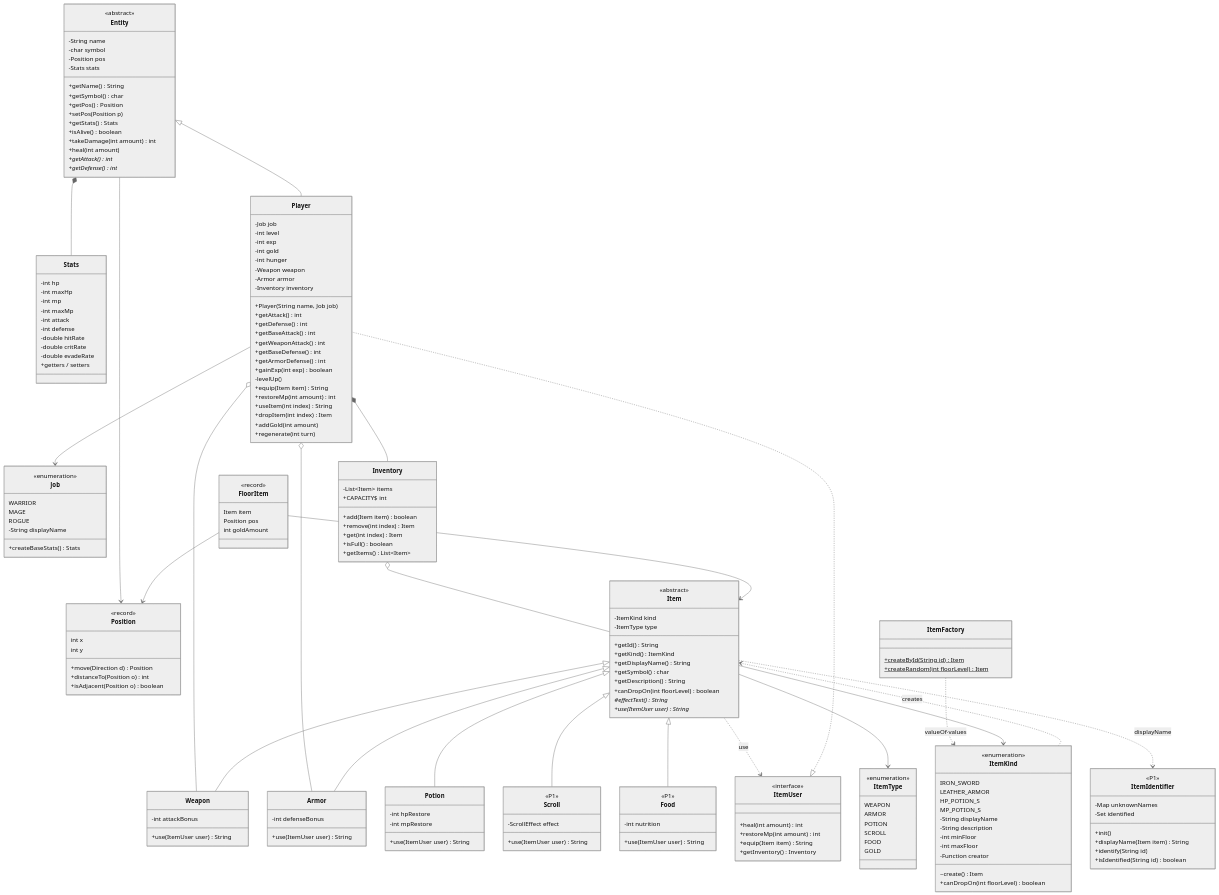
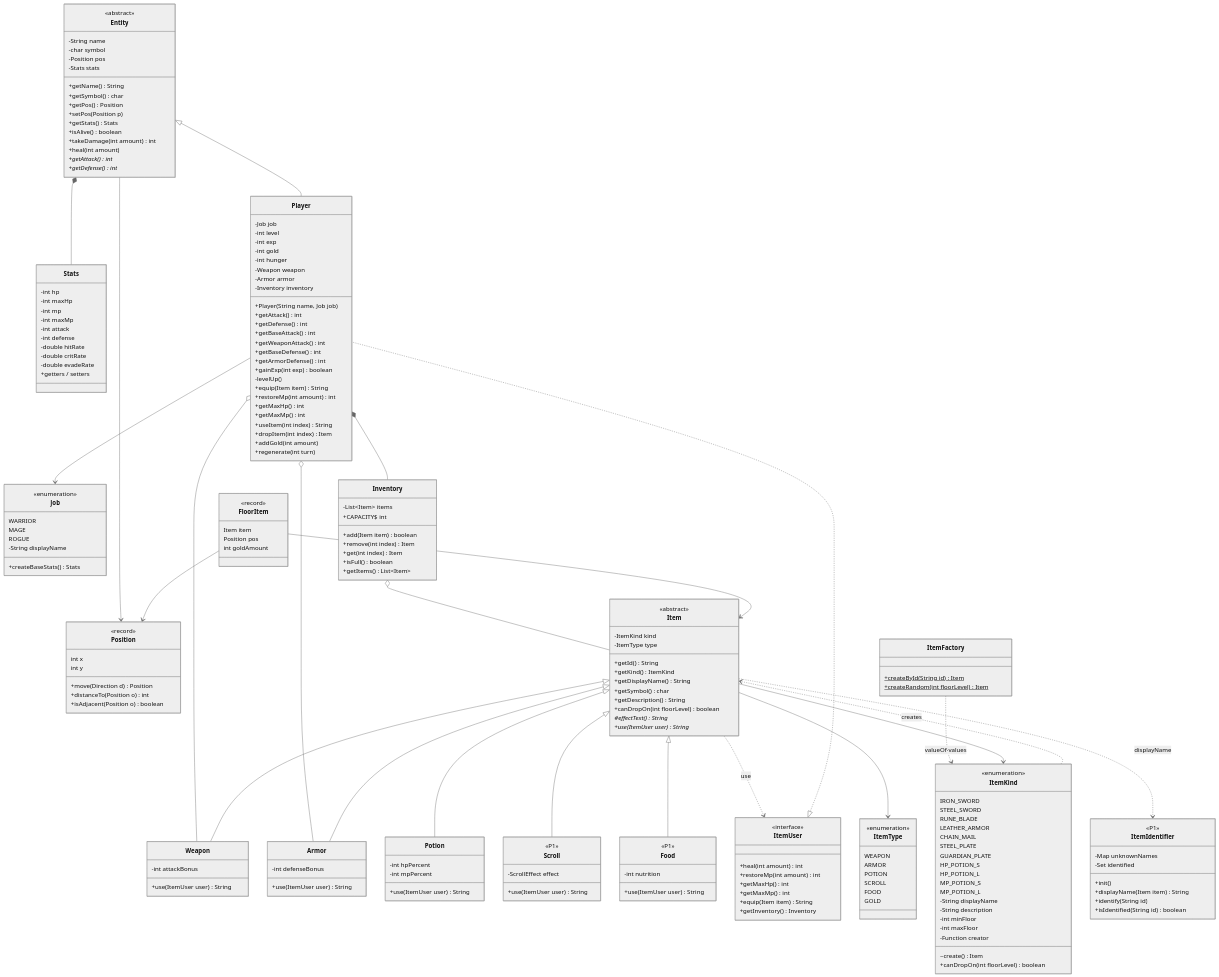
Before and after one commit to likelion-boot-camp-28th/side-project01-team01: the third of 9 diagrams in docs/Class-Diagram.md, drawn with Mermaid (neutral theme). The commit also changed other lines of this file and 1 other file, not shown here.

Commit message:
docs: 밸런스 조정 내용을 기획서와 클래스 다이어그램에 반영

```diff
--- a/docs/Class-Diagram.md
+++ b/docs/Class-Diagram.md
@@ -269,6 +269,8 @@
         -levelUp()
         +equip(Item item) String
         +restoreMp(int amount) int
+        +getMaxHp() int
+        +getMaxMp() int
         +useItem(int index) String
         +dropItem(int index) Item
         +addGold(int amount)
@@ -307,9 +309,16 @@
     class ItemKind {
         <<enumeration>>
         IRON_SWORD
+        STEEL_SWORD
+        RUNE_BLADE
         LEATHER_ARMOR
+        CHAIN_MAIL
+        STEEL_PLATE
+        GUARDIAN_PLATE
         HP_POTION_S
+        HP_POTION_L
         MP_POTION_S
+        MP_POTION_L
         -String displayName
         -String description
         -int minFloor
@@ -336,8 +345,8 @@
         +use(ItemUser user) String
     }
     class Potion {
-        -int hpRestore
-        -int mpRestore
+        -int hpPercent
+        -int mpPercent
         +use(ItemUser user) String
     }
     class Scroll {
@@ -387,6 +396,8 @@
         <<interface>>
         +heal(int amount) int
         +restoreMp(int amount) int
+        +getMaxHp() int
+        +getMaxMp() int
         +equip(Item item) String
         +getInventory() Inventory
     }
```
